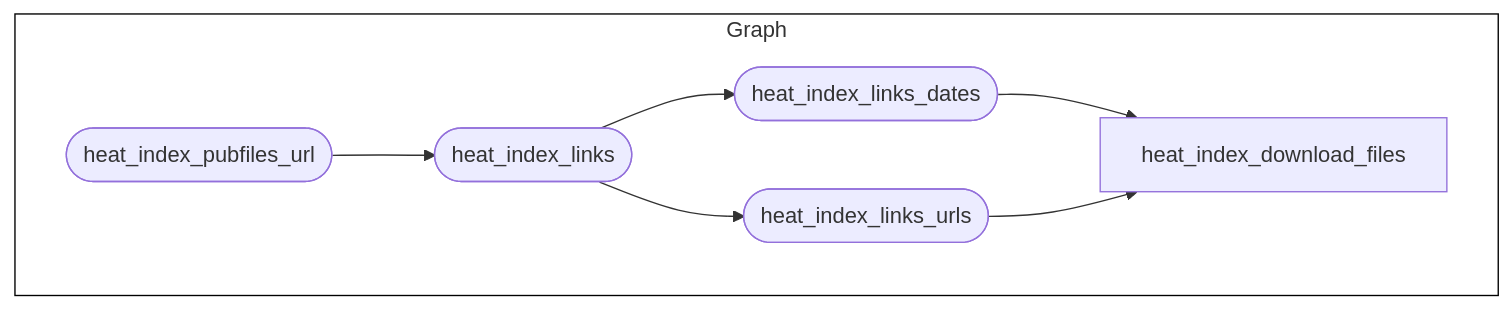
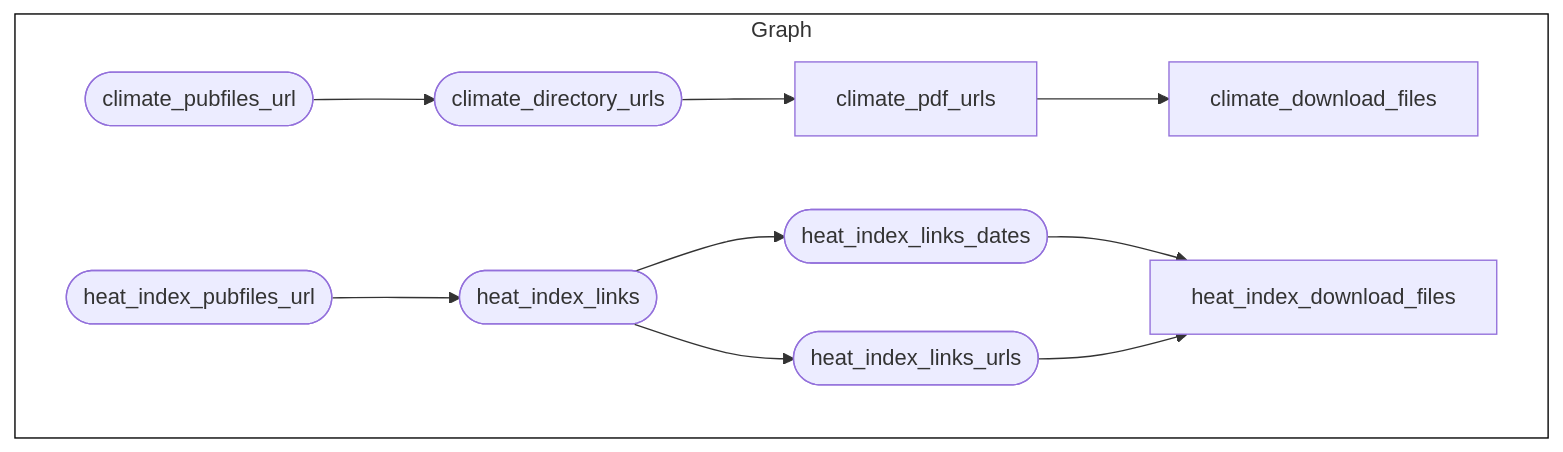
Before and after one commit to panukatan/paglaom: the first of 2 diagrams in README.md, drawn with Mermaid. The commit also changed other lines of this file and 4 other files, not shown here.

````diff
--- a/README.md
+++ b/README.md
@@ -200,12 +191,15 @@
 ``` mermaid
 graph LR
   style Graph fill:#FFFFFF00,stroke:#000000;
   subgraph Graph
     direction LR
-    x567709ab5f0adc71(["heat_index_pubfiles_url"]):::outdated --> x56bd7c118ed46a38(["heat_index_links"]):::outdated
     x56bd7c118ed46a38(["heat_index_links"]):::outdated --> x113a83dcec46090f(["heat_index_links_urls"]):::outdated
+    x567709ab5f0adc71(["heat_index_pubfiles_url"]):::uptodate --> x56bd7c118ed46a38(["heat_index_links"]):::outdated
+    xb48a3b157c96bffd(["climate_pubfiles_url"]):::uptodate --> xa37a01adfb45bd68(["climate_directory_urls"]):::uptodate
+    x26b861c7a0a21b52["climate_pdf_urls"]:::uptodate --> xc044beb81380bb4a["climate_download_files"]:::uptodate
     xc432bd4e21a7b9fa(["heat_index_links_dates"]):::outdated --> x4f749438c4164b8e["heat_index_download_files"]:::outdated
     x113a83dcec46090f(["heat_index_links_urls"]):::outdated --> x4f749438c4164b8e["heat_index_download_files"]:::outdated
     x56bd7c118ed46a38(["heat_index_links"]):::outdated --> xc432bd4e21a7b9fa(["heat_index_links_dates"]):::outdated
+    xa37a01adfb45bd68(["climate_directory_urls"]):::uptodate --> x26b861c7a0a21b52["climate_pdf_urls"]:::uptodate
   end
 ```
````
